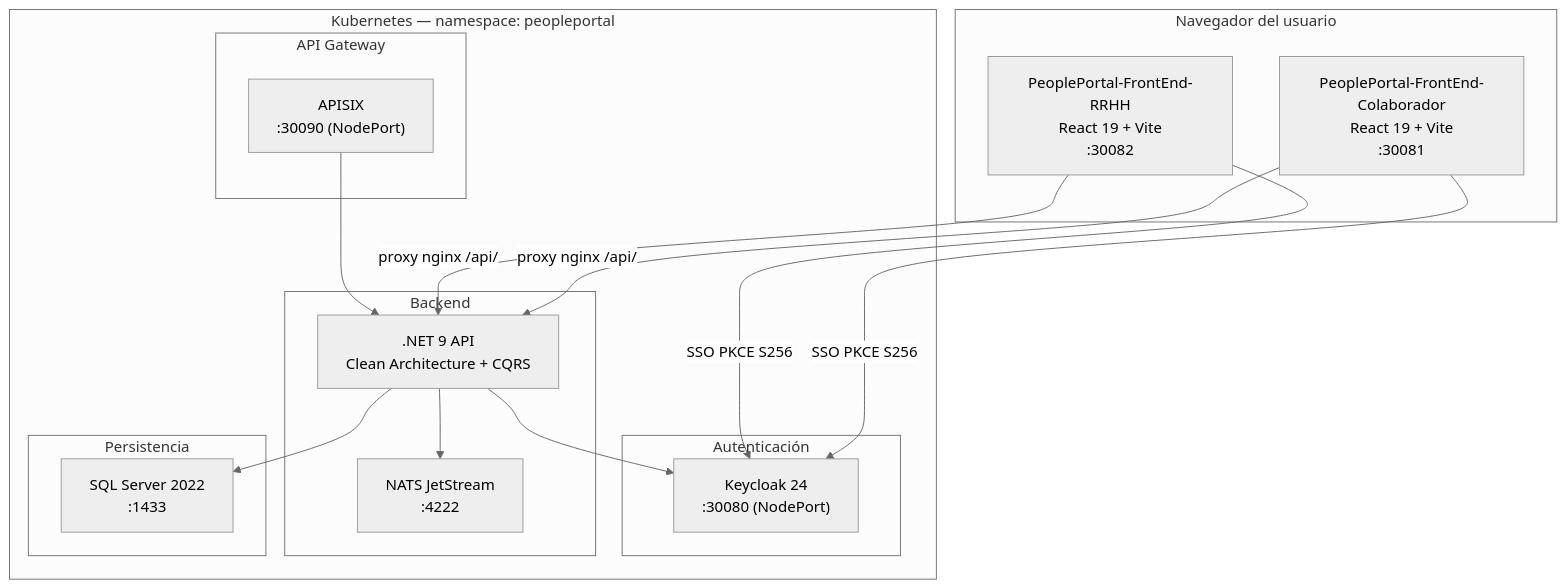
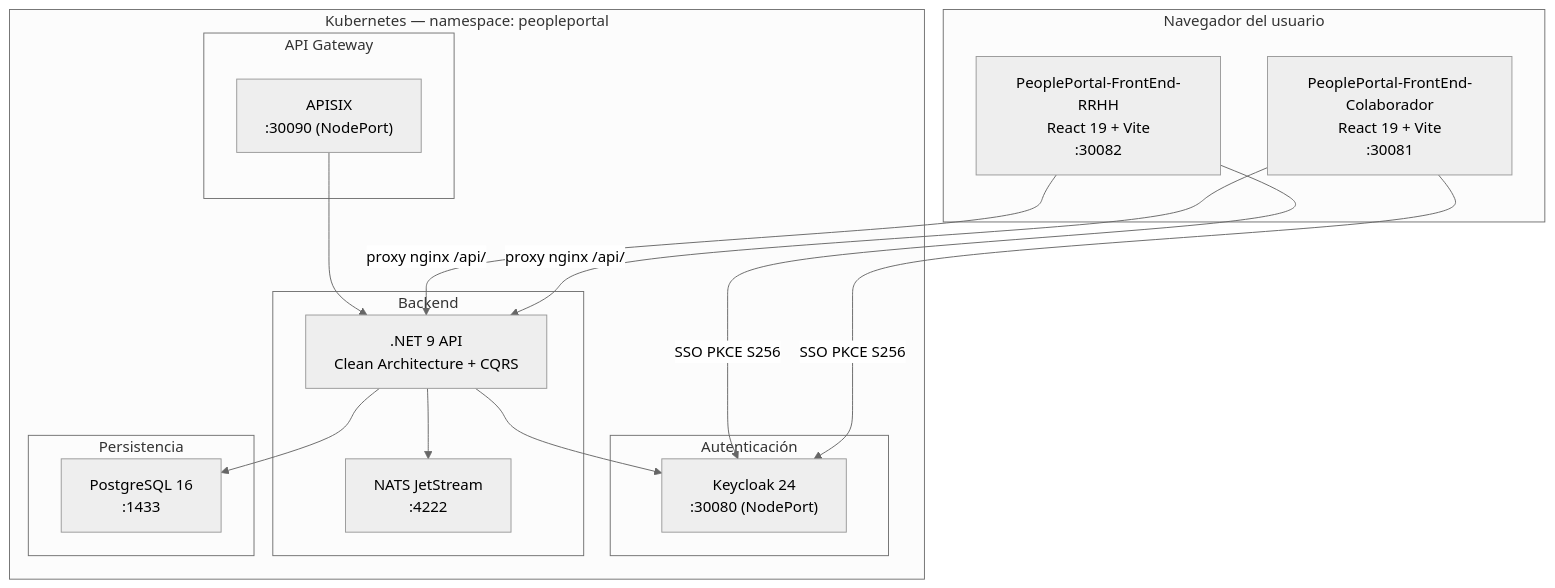
Before and after one commit to bryanjosue17/ProyectoIA-Forza: the diagram in docs/arquitectura.md, drawn with Mermaid (neutral theme). The commit also changed 3 other files, not shown here.

Commit message:
feat: migración completa de SQL Server a PostgreSQL (Global)

````diff
--- a/docs/arquitectura.md
+++ b/docs/arquitectura.md
@@ -7,35 +7,35 @@
 ```mermaid
 flowchart TB
     subgraph Browser["Navegador del usuario"]
         ColabApp["PeoplePortal-FrontEnd-Colaborador\nReact 19 + Vite\n:30081"]
         RRHHApp["PeoplePortal-FrontEnd-RRHH\nReact 19 + Vite\n:30082"]
     end
 
     subgraph K8s["Kubernetes — namespace: peopleportal"]
         subgraph Auth["Autenticación"]
             KC["Keycloak 24\n:30080 (NodePort)"]
         end
 
         subgraph Gateway["API Gateway"]
             APISIX["APISIX\n:30090 (NodePort)"]
         end
 
         subgraph Backend["Backend"]
             API[".NET 9 API\nClean Architecture + CQRS"]
             NATS["NATS JetStream\n:4222"]
         end
 
         subgraph Data["Persistencia"]
-            SQL["SQL Server 2022\n:1433"]
+            SQL["PostgreSQL 16\n:1433"]
         end
     end
 
     ColabApp -->|SSO PKCE S256| KC
     RRHHApp  -->|SSO PKCE S256| KC
     ColabApp -->|proxy nginx /api/| API
     RRHHApp  -->|proxy nginx /api/| API
     API      --> KC
     API      --> SQL
     API      --> NATS
     APISIX   --> API
 ```
````
